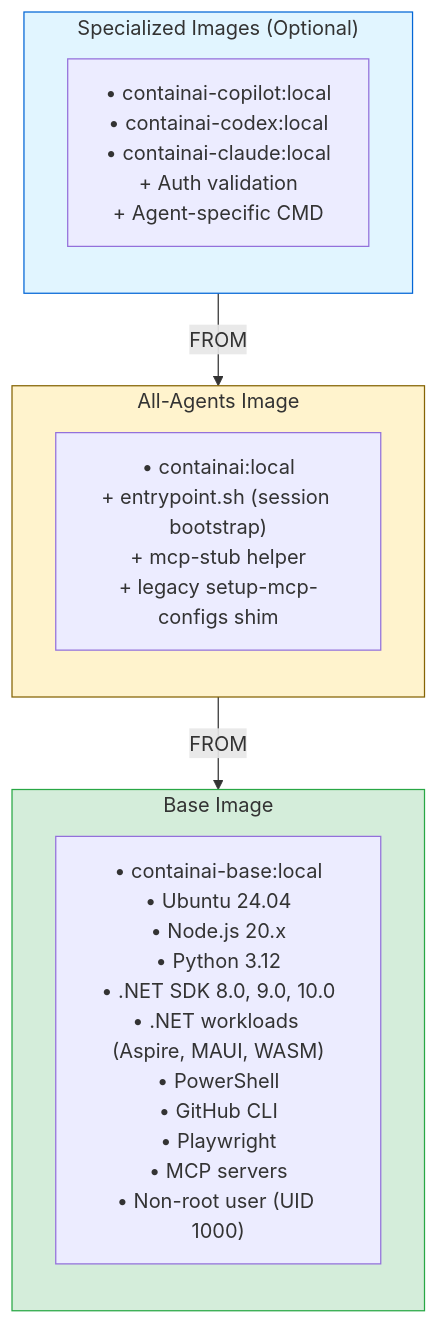
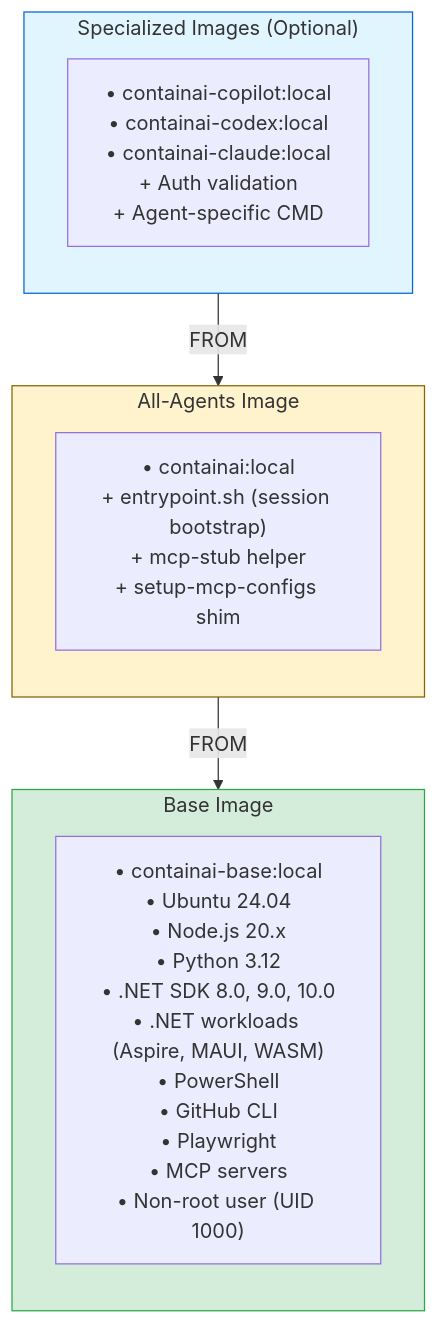
The second of 15 diagrams in docs/security/architecture.md (novotnyllc/ContainAI), drawn with Mermaid before and after one commit. The commit also changed other lines of this file and 19 other files, not shown here.

````diff
--- a/docs/security/architecture.md
+++ b/docs/security/architecture.md
@@ -79,24 +79,24 @@
 ```mermaid
 flowchart TB
     subgraph specialized["Specialized Images (Optional)"]
         direction TB
         spec_content["• containai-copilot:local<br/>• containai-codex:local<br/>• containai-claude:local<br/>+ Auth validation<br/>+ Agent-specific CMD"]
     end
     
     subgraph allagents["All-Agents Image"]
         direction TB
-        all_content["• containai:local<br/>+ entrypoint.sh (session bootstrap)<br/>+ mcp-stub helper<br/>+ legacy setup-mcp-configs shim"]
+        all_content["• containai:local<br/>+ entrypoint.sh (session bootstrap)<br/>+ mcp-stub helper<br/>+ setup-mcp-configs shim"]
     end
     
     subgraph base["Base Image"]
         direction TB
         base_content["• containai-base:local<br/>• Ubuntu 24.04<br/>• Node.js 20.x<br/>• Python 3.12<br/>• .NET SDK 8.0, 9.0, 10.0<br/>• .NET workloads (Aspire, MAUI, WASM)<br/>• PowerShell<br/>• GitHub CLI<br/>• Playwright<br/>• MCP servers<br/>• Non-root user (UID 1000)"]
     end
     
     specialized -->|FROM| allagents
     allagents -->|FROM| base
     
     style specialized fill:#e1f5ff,stroke:#0366d6
     style allagents fill:#fff3cd,stroke:#856404
     style base fill:#d4edda,stroke:#28a745
 ```
````
